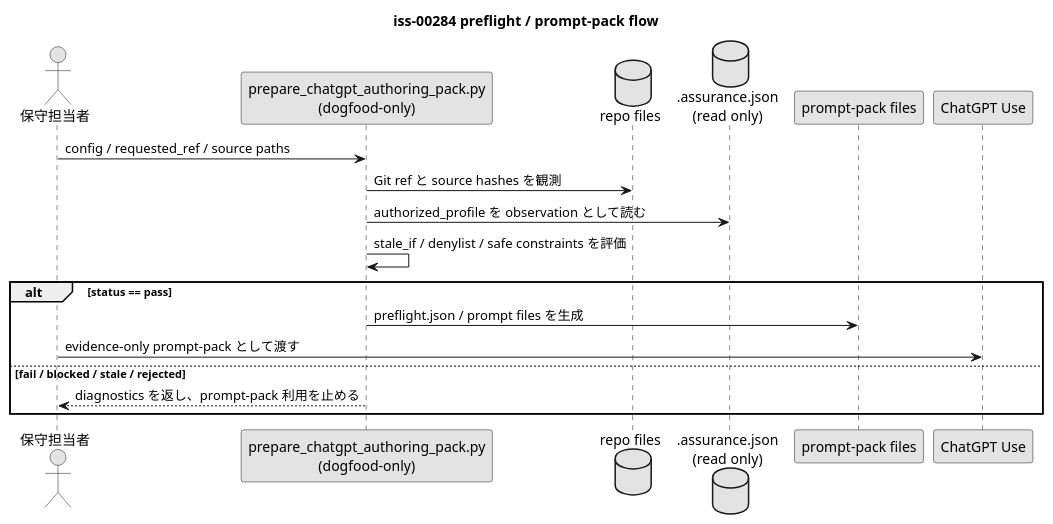
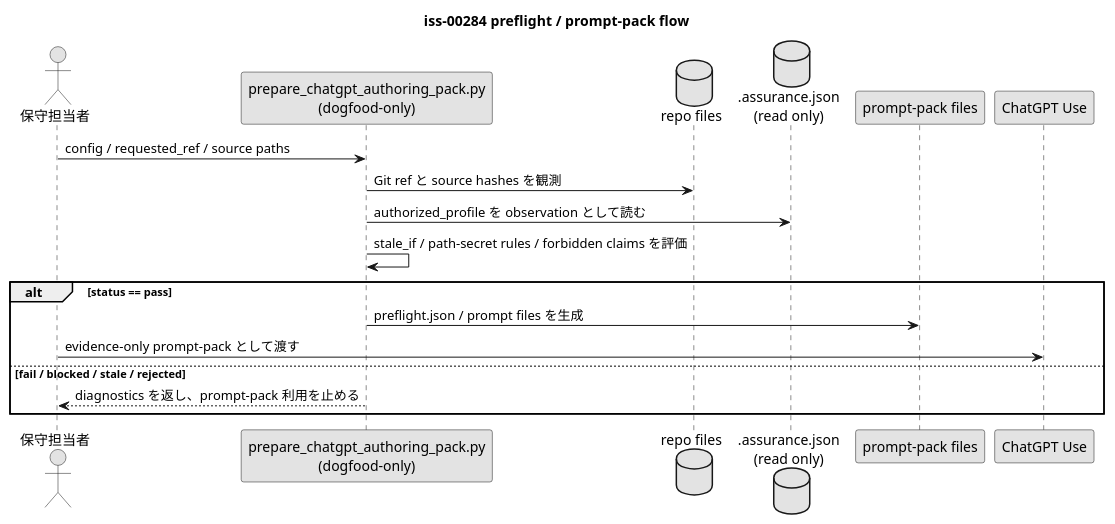
One commit to chemitaro/spec-dock changed the diagram in spec-dock/initiatives/init-local-00003-architecture-maintenance-and-hardening/epics/epic-00283-chatgpt-zip-authoring-pack-automation/issues/iss-00284-build-authoring-pack-preflight-and-prompt-pack/design.md. Above: the diagram before and after it, drawn with PlantUML. The commit also changed other lines of this file and 28 other files, not shown here.

````diff
--- a/spec-dock/initiatives/init-local-00003-architecture-maintenance-and-hardening/epics/epic-00283-chatgpt-zip-authoring-pack-automation/issues/iss-00284-build-authoring-pack-preflight-and-prompt-pack/design.md
+++ b/spec-dock/initiatives/init-local-00003-architecture-maintenance-and-hardening/epics/epic-00283-chatgpt-zip-authoring-pack-automation/issues/iss-00284-build-authoring-pack-preflight-and-prompt-pack/design.md
@@ -119,26 +120,26 @@
 ```plantuml
 @startuml
 title iss-00284 preflight / prompt-pack flow
 skinparam monochrome true
 
 actor "保守担当者" as Maintainer
 participant "prepare_chatgpt_authoring_pack.py\n(dogfood-only)" as Preflight
 database "repo files" as Repo
 database ".assurance.json\n(read only)" as Assurance
 participant "prompt-pack files" as PromptPack
 participant "ChatGPT Use" as ChatGPT
 
 Maintainer -> Preflight : config / requested_ref / source paths
 Preflight -> Repo : Git ref と source hashes を観測
 Preflight -> Assurance : authorized_profile を observation として読む
-Preflight -> Preflight : stale_if / denylist / safe constraints を評価
+Preflight -> Preflight : stale_if / path-secret rules / forbidden claims を評価
 
 alt status == pass
   Preflight -> PromptPack : preflight.json / prompt files を生成
   Maintainer -> ChatGPT : evidence-only prompt-pack として渡す
 else fail / blocked / stale / rejected
   Preflight --> Maintainer : diagnostics を返し、prompt-pack 利用を止める
 end
 
 @enduml
 ```
````
